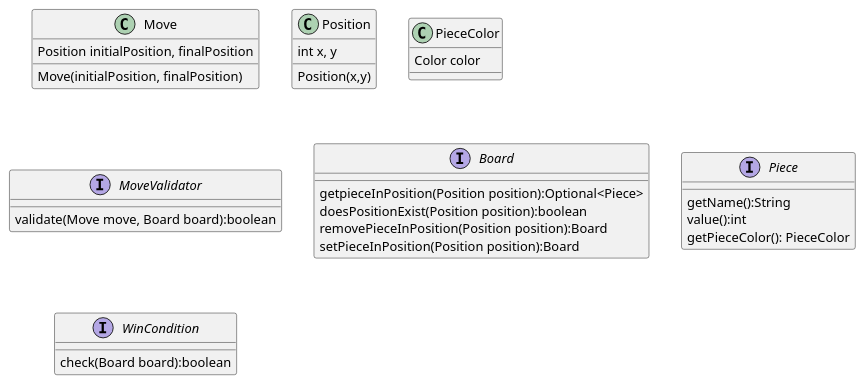
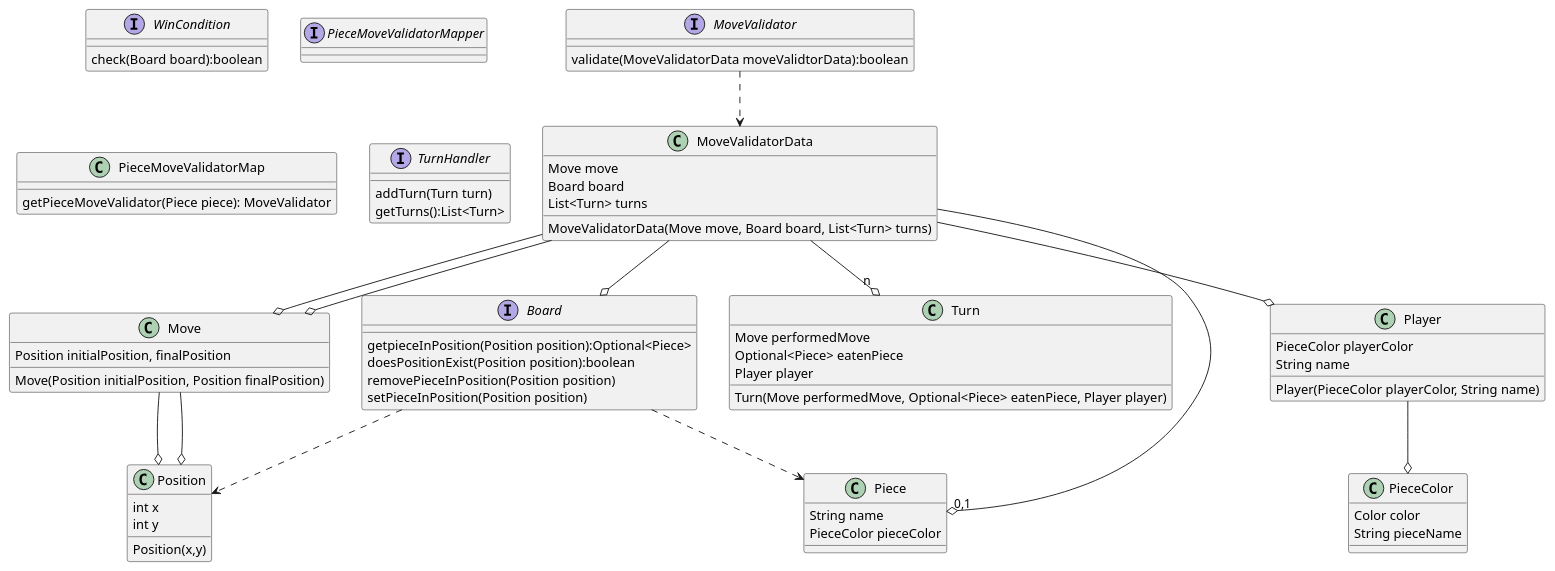
The diagram in chess.puml (jalopbauer/chess), drawn with PlantUML before and after one commit.

Commit message:
Mass commit

```diff
--- a/chess.puml
+++ b/chess.puml
@@ -1,31 +1,80 @@
 @startuml Chess
+
+class Position
+Position : int x
+Position : int y
+' Methods
+Position : Position(x,y)
+
 class Move
 Move : Position initialPosition, finalPosition
-Move : Move(initialPosition, finalPosition)
+' Methods
+Move : Move(Position initialPosition, Position finalPosition)
+' Relationships
+Move --o Position
+Move --o Position
 
-class Position
-Position : int x, y
-Position : Position(x,y)
+class MoveValidatorData
+MoveValidatorData : Move move
+MoveValidatorData : Board board
+MoveValidatorData : List<Turn> turns
+' Methods
+MoveValidatorData : MoveValidatorData(Move move, Board board, List<Turn> turns)
+' Relationships
+MoveValidatorData --o Move
+MoveValidatorData --o Board
+MoveValidatorData --o "n" Turn
+
+class Turn
+Turn : Move performedMove
+Turn : Optional<Piece> eatenPiece
+Turn : Player player
+' Methods
+Turn : Turn(Move performedMove, Optional<Piece> eatenPiece, Player player)
+' Relationships
+MoveValidatorData --o Move
+MoveValidatorData --o "0,1" Piece
+MoveValidatorData --o Player
+
+class Player
+Player : PieceColor playerColor
+Player : String name
+' Methods
+Player : Player(PieceColor playerColor, String name)
+' Relationships
+Player --o PieceColor
 
 class PieceColor
 PieceColor : Color color
+PieceColor : String pieceName
+
+class Piece
+Piece : String name
+Piece : PieceColor pieceColor
+
 
 interface MoveValidator
-MoveValidator : validate(Move move, Board board):boolean
+MoveValidator : validate(MoveValidatorData moveValidtorData):boolean
+' Relationships
+MoveValidator ..> MoveValidatorData
 
 ' Piece Handler
 interface Board
 Board : getpieceInPosition(Position position):Optional<Piece>
 Board : doesPositionExist(Position position):boolean
-Board : removePieceInPosition(Position position):Board
-Board : setPieceInPosition(Position position):Board
-
-interface Piece
-Piece : getName():String
-Piece : value():int
-Piece : getPieceColor(): PieceColor
+Board : removePieceInPosition(Position position)
+Board : setPieceInPosition(Position position)
+Board ..> Position
+Board ..> Piece
 
 interface WinCondition
 WinCondition : check(Board board):boolean
 
+interface PieceMoveValidatorMapper
+PieceMoveValidatorMap : getPieceMoveValidator(Piece piece): MoveValidator
+
+interface TurnHandler
+TurnHandler : addTurn(Turn turn)
+TurnHandler : getTurns():List<Turn>
+
 @enduml
```
